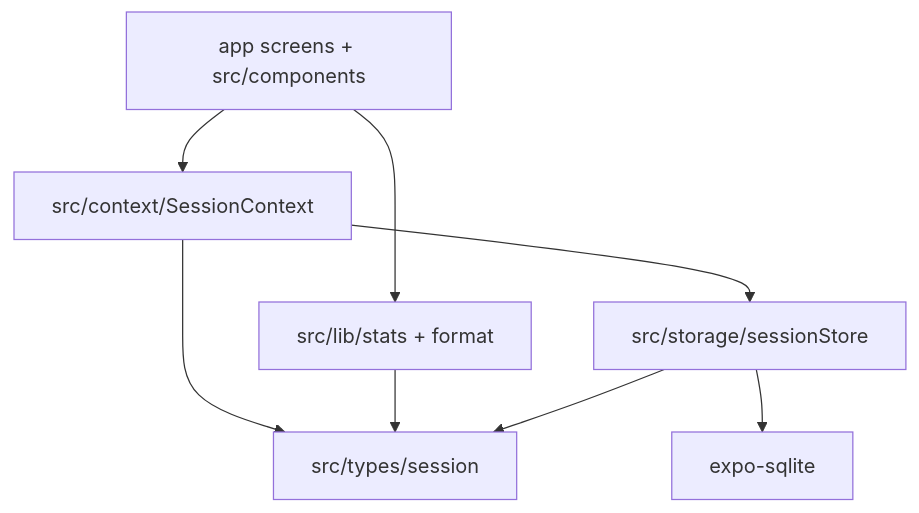
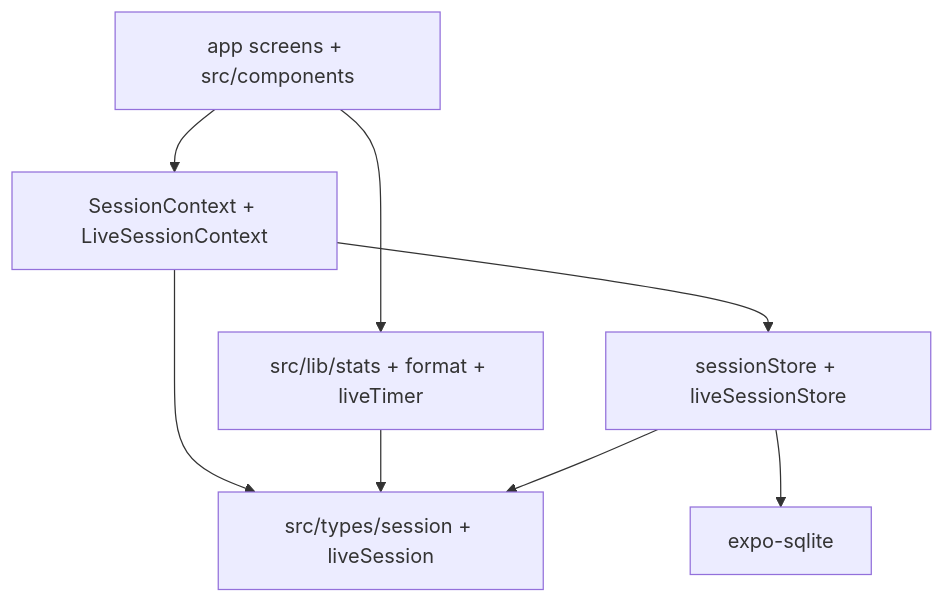
One commit to Trevor5008/StackTrack changed the seventh of 7 diagrams in docs/flow.md. Above: the diagram before and after it, drawn with Mermaid. The commit also changed other lines of this file and 14 other files, not shown here.

Commit message:
feat: add live session shell w/ pause/resume/end timer Persist in-progress sessions and tables in SQLite and into history Timer-based hours, and a tables overview on session detail README.md updated with current file structure

````diff
--- a/docs/flow.md
+++ b/docs/flow.md
@@ -93,17 +115,17 @@
 ```mermaid
 flowchart TB
   UI[app screens + src/components]
-  Ctx[src/context/SessionContext]
-  Lib[src/lib/stats + format]
-  Types[src/types/session]
-  Persist[src/storage/sessionStore]
+  Ctx[SessionContext + LiveSessionContext]
+  Lib[src/lib/stats + format + liveTimer]
+  Types[src/types/session + liveSession]
+  Persist[sessionStore + liveSessionStore]
   Device[expo-sqlite]
 
   UI --> Ctx
   UI --> Lib
   Ctx --> Persist
   Ctx --> Types
   Lib --> Types
   Persist --> Types
   Persist --> Device
 ```
````
